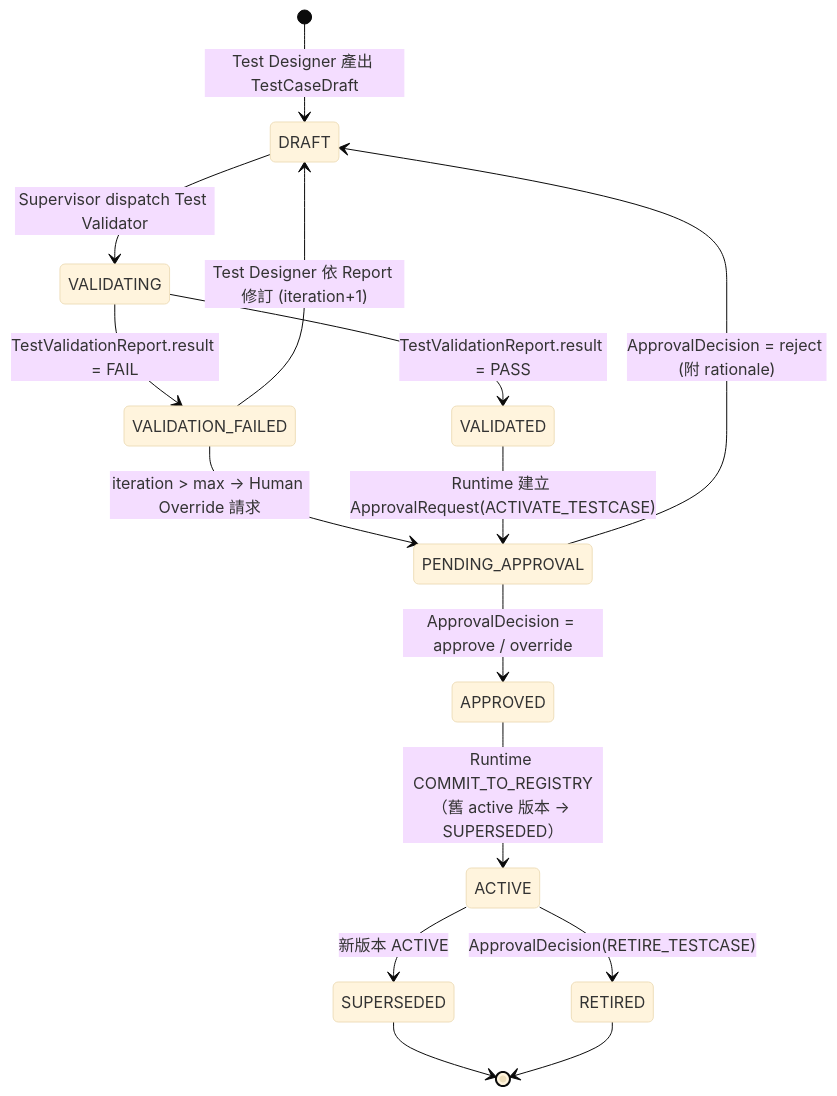
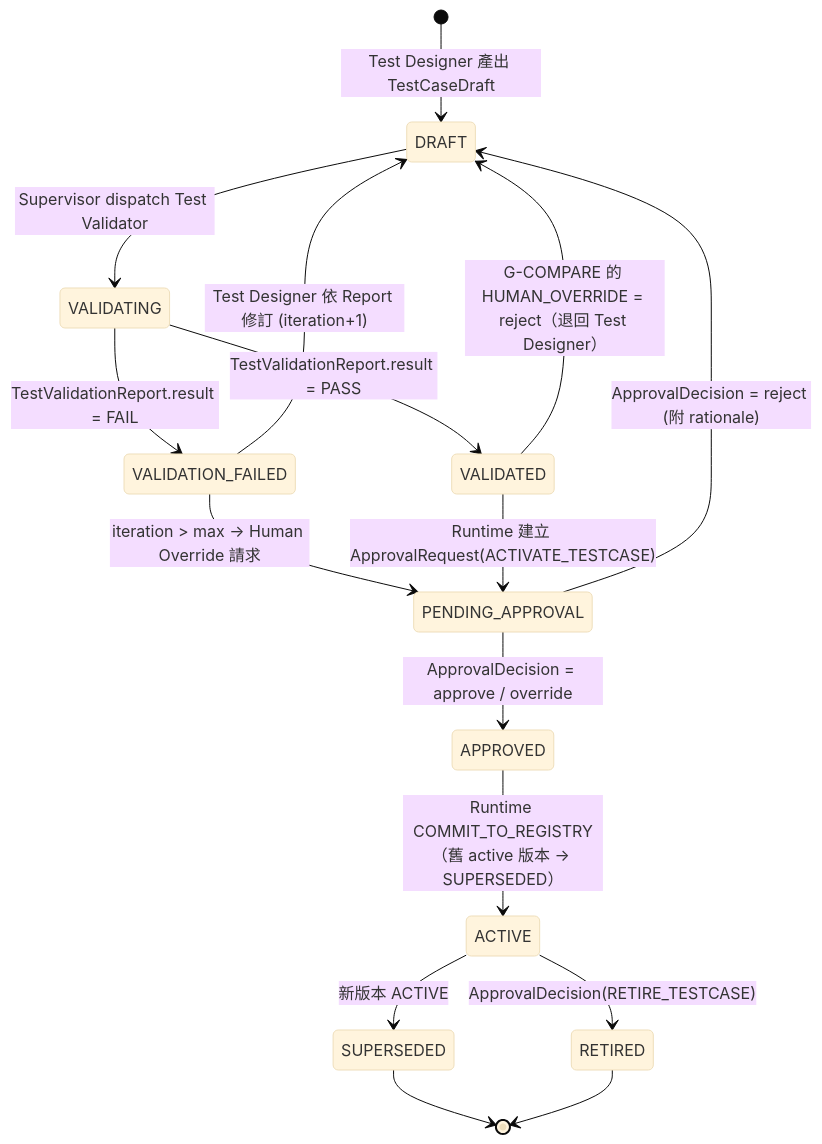
The first of 4 diagrams in docs/architecture/03-state-machines.md (oscarchen0240/qaos), drawn with Mermaid (base theme) before and after one commit. The commit also changed other lines of this file and 10 other files, not shown here.

First line of the commit message:
fix(gates): G-DESIGN 擋下超出 CIR 範圍的取代；G-COMPARE 只剩 Draft 問題時改建 HUMAN_OVERRIDE

````diff
--- a/docs/architecture/03-state-machines.md
+++ b/docs/architecture/03-state-machines.md
@@ -7,17 +7,18 @@
 ```mermaid
 stateDiagram-v2
     [*] --> DRAFT : Test Designer 產出 TestCaseDraft
     DRAFT --> VALIDATING : Supervisor dispatch Test Validator
     VALIDATING --> VALIDATION_FAILED : TestValidationReport.result = FAIL
     VALIDATION_FAILED --> DRAFT : Test Designer 依 Report 修訂 (iteration+1)
     VALIDATION_FAILED --> PENDING_APPROVAL : iteration > max → Human Override 請求
     VALIDATING --> VALIDATED : TestValidationReport.result = PASS
     VALIDATED --> PENDING_APPROVAL : Runtime 建立 ApprovalRequest(ACTIVATE_TESTCASE)
+    VALIDATED --> DRAFT : G-COMPARE 的 HUMAN_OVERRIDE = reject（退回 Test Designer）
     PENDING_APPROVAL --> APPROVED : ApprovalDecision = approve / override
     PENDING_APPROVAL --> DRAFT : ApprovalDecision = reject (附 rationale)
     APPROVED --> ACTIVE : Runtime COMMIT_TO_REGISTRY（舊 active 版本 → SUPERSEDED）
     ACTIVE --> SUPERSEDED : 新版本 ACTIVE
     ACTIVE --> RETIRED : ApprovalDecision(RETIRE_TESTCASE)
     SUPERSEDED --> [*]
     RETIRED --> [*]
 ```
````
